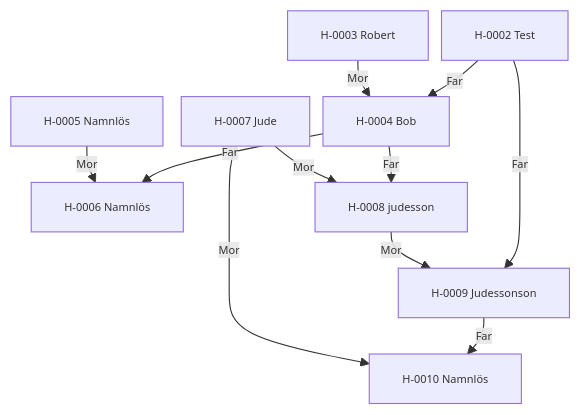
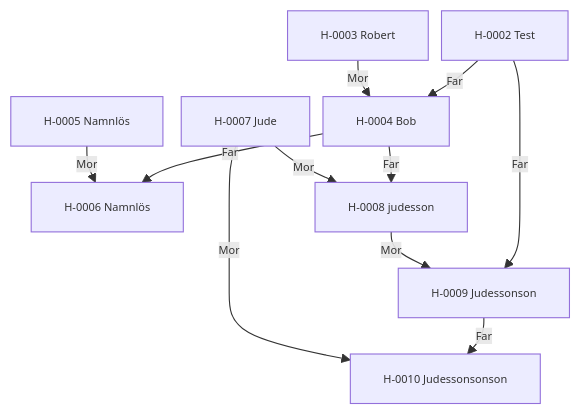
The diagram in content/02. Register/02.3 Stamtavlor/Stamtavla H-0002.md (awoltmp/horse-registry), drawn with Mermaid before and after one commit. The commit also changed other lines of this file and 40 other files, not shown here.

````diff
--- a/content/02. Register/02.3 Stamtavlor/Stamtavla H-0002.md
+++ b/content/02. Register/02.3 Stamtavlor/Stamtavla H-0002.md
@@ -23,24 +23,24 @@
 ```mermaid
 %%{init: {"flowchart": {"nodeSpacing": 10, "rankSpacing": 18, "curve": "basis", "htmlLabels": true}, "themeVariables": {"fontSize": "10px"}}}%%
 flowchart TB
     h0["H-0002 Test"]
     h1["H-0003 Robert"]
     h2["H-0004 Bob"]
     h3["H-0005 Namnlös"]
     h4["H-0006 Namnlös"]
     h5["H-0007 Jude"]
     h6["H-0008 judesson"]
     h7["H-0009 Judessonson"]
-    h8["H-0010 Namnlös"]
+    h8["H-0010 Judessonsonson"]
     h0 -->|Far| h2
     h1 -->|Mor| h2
     h2 -->|Far| h4
     h3 -->|Mor| h4
     h2 -->|Far| h6
     h5 -->|Mor| h6
     h0 -->|Far| h7
     h6 -->|Mor| h7
     h7 -->|Far| h8
     h5 -->|Mor| h8
     class h0,h1,h2,h3,h4,h5,h6,h7,h8 internal-link;
 ```
````
